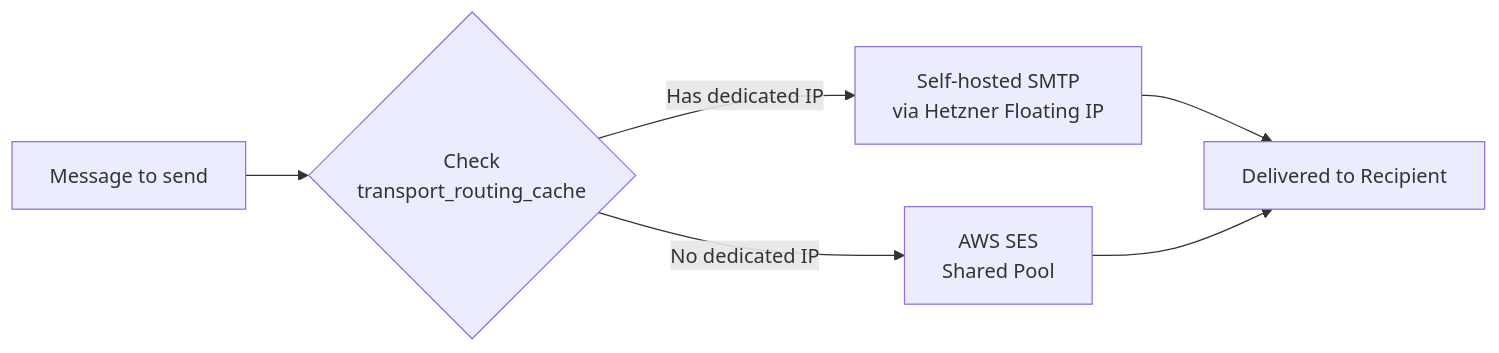
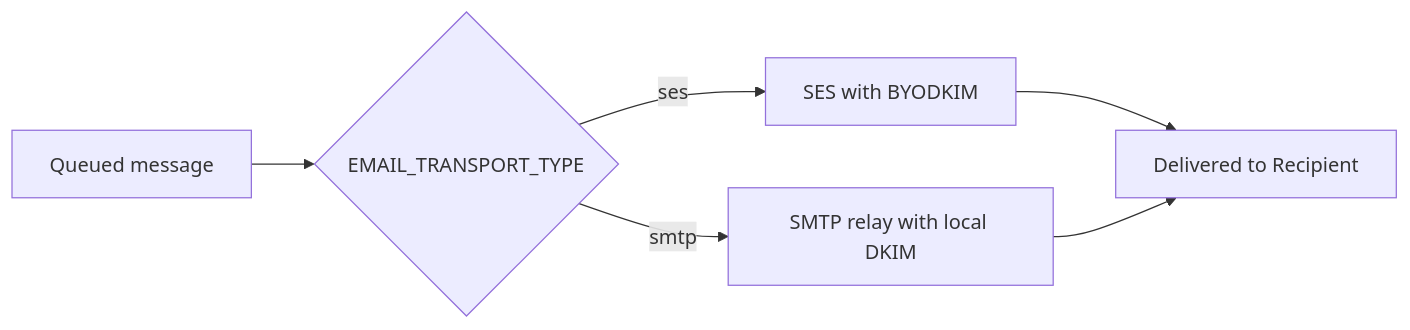
One commit to sbelakho2/ApexMail changed the first of 3 diagrams in docs/deployment/PRODUCTION_SETUP.md. Above: the diagram before and after it, drawn with Mermaid. The commit also changed other lines of this file and 251 other files, not shown here.

````diff
--- a/docs/deployment/PRODUCTION_SETUP.md
+++ b/docs/deployment/PRODUCTION_SETUP.md
@@ -34,8 +35,8 @@
 ```mermaid
 flowchart LR
-    Msg[Message to send] --> Lookup{Check<br/>transport_routing_cache}
-    Lookup -->|Has dedicated IP| SMTP[Self-hosted SMTP<br/>via Hetzner Floating IP]
-    Lookup -->|No dedicated IP| SES[AWS SES<br/>Shared Pool]
-    SMTP --> Delivered[Delivered to Recipient]
-    SES --> Delivered
+  Msg[Queued message] --> Mode{EMAIL_TRANSPORT_TYPE}
+  Mode -->|ses| SES[SES with BYODKIM]
+  Mode -->|smtp| SMTP[SMTP relay with local DKIM]
+  SES --> Delivered[Delivered to Recipient]
+  SMTP --> Delivered
 ```
````
